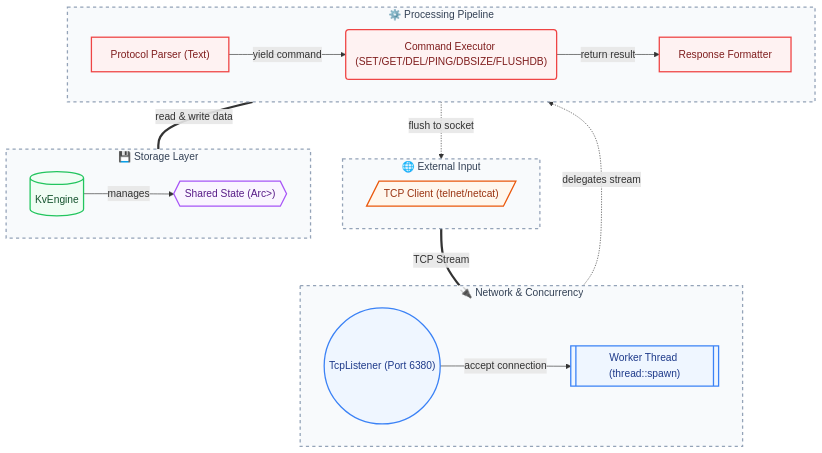
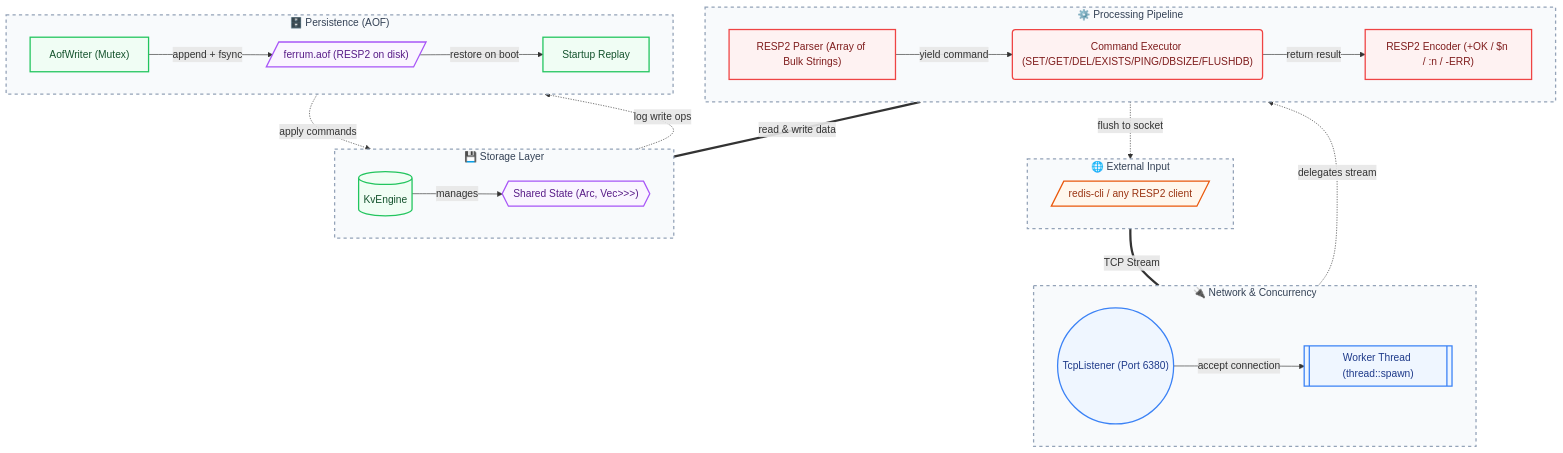
One commit to phaethix/ferrum-kv changed the diagram in README.md. Above: the diagram before and after it, drawn with Mermaid. The commit also changed other lines of this file, not shown here.

````diff
--- a/README.md
+++ b/README.md
@@ -7,59 +7,72 @@
 ```mermaid
 flowchart TB
     %% 1. Global Tailwind Colors
     classDef runtime fill:#f8fafc,stroke:#94a3b8,stroke-width:2px,color:#334155,stroke-dasharray: 5 5
     classDef engine fill:#eff6ff,stroke:#3b82f6,stroke-width:2px,color:#1e3a8a
     classDef entity fill:#fef2f2,stroke:#ef4444,stroke-width:2px,color:#7f1d1d
     classDef resource fill:#f0fdf4,stroke:#22c55e,stroke-width:2px,color:#14532d
     classDef config fill:#faf5ff,stroke:#a855f7,stroke-width:2px,color:#581c87
     classDef ext fill:#fff7ed,stroke:#ea580c,stroke-width:2px,color:#9a3412
 
     %% 2. External Clients
     subgraph ClientLayer ["🌐 External Input"]
         direction LR
-        Client[/"TCP Client (telnet/netcat)"/]
+        Client[/"redis-cli / any RESP2 client"/]
     end
 
     %% 3. Network & Concurrency
     subgraph NetLayer ["🔌 Network & Concurrency"]
         direction LR
         Listener(("TcpListener (Port 6380)"))
         WorkerThread[["Worker Thread (thread::spawn)"]]
-        
+
         Listener -->|"accept connection"| WorkerThread
     end
 
     %% 4. Command Processing Pipeline
     subgraph ProcessLayer ["⚙️ Processing Pipeline"]
         direction LR
-        Parser["Protocol Parser (Text)"]
-        Exec("Command Executor (SET/GET/DEL/PING/DBSIZE/FLUSHDB)")
-        Fmt["Response Formatter"]
-        
+        Parser["RESP2 Parser (Array of Bulk Strings)"]
+        Exec("Command Executor (SET/GET/DEL/EXISTS/PING/DBSIZE/FLUSHDB)")
+        Encoder["RESP2 Encoder (+OK / $n / :n / -ERR)"]
+
         Parser -->|"yield command"| Exec
-        Exec -->|"return result"| Fmt
+        Exec -->|"return result"| Encoder
     end
 
     %% 5. Storage Engine
     subgraph StoreLayer ["💾 Storage Layer"]
         direction LR
         Engine[("KvEngine")]
-        State{{"Shared State (Arc<RwLock<HashMap>>)"}}
-        
+        State{{"Shared State (Arc<RwLock<HashMap<Vec<u8>, Vec<u8>>>>)"}}
+
         Engine -->|"manages"| State
     end
 
-    %% 6. Cross-System Data Flow
+    %% 6. Persistence Layer
+    subgraph PersistLayer ["🗄️ Persistence (AOF)"]
+        direction LR
+        AofWriter["AofWriter (Mutex<File>)"]
+        AofFile[/"ferrum.aof (RESP2 on disk)"/]
+        Replay["Startup Replay"]
+
+        AofWriter -->|"append + fsync"| AofFile
+        AofFile -->|"restore on boot"| Replay
+    end
+
+    %% 7. Cross-System Data Flow
     ClientLayer == "TCP Stream" === NetLayer
     WorkerThread -.->|"delegates stream"| ProcessLayer
     ProcessLayer == "read & write data" === StoreLayer
-    Fmt -.->|"flush to socket"| Client
+    StoreLayer -.->|"log write ops"| PersistLayer
+    Replay -.->|"apply commands"| Engine
+    Encoder -.->|"flush to socket"| Client
 
-    %% 7. Apply Styles
-    class ClientLayer,NetLayer,ProcessLayer,StoreLayer runtime
+    %% 8. Apply Styles
+    class ClientLayer,NetLayer,ProcessLayer,StoreLayer,PersistLayer runtime
     class Client ext
     class Listener,WorkerThread engine
-    class Parser,Exec,Fmt entity
-    class Engine resource
-    class State config
+    class Parser,Exec,Encoder entity
+    class Engine,AofWriter,Replay resource
+    class State,AofFile config
 ```
````
